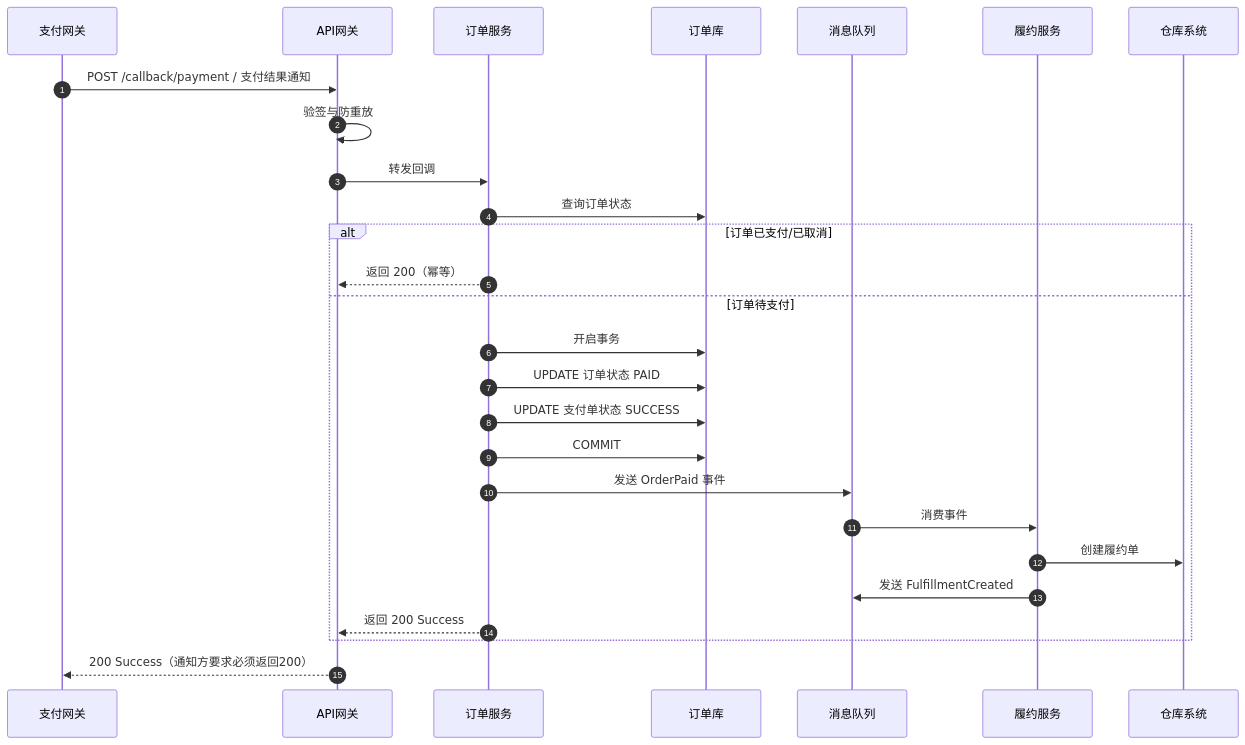
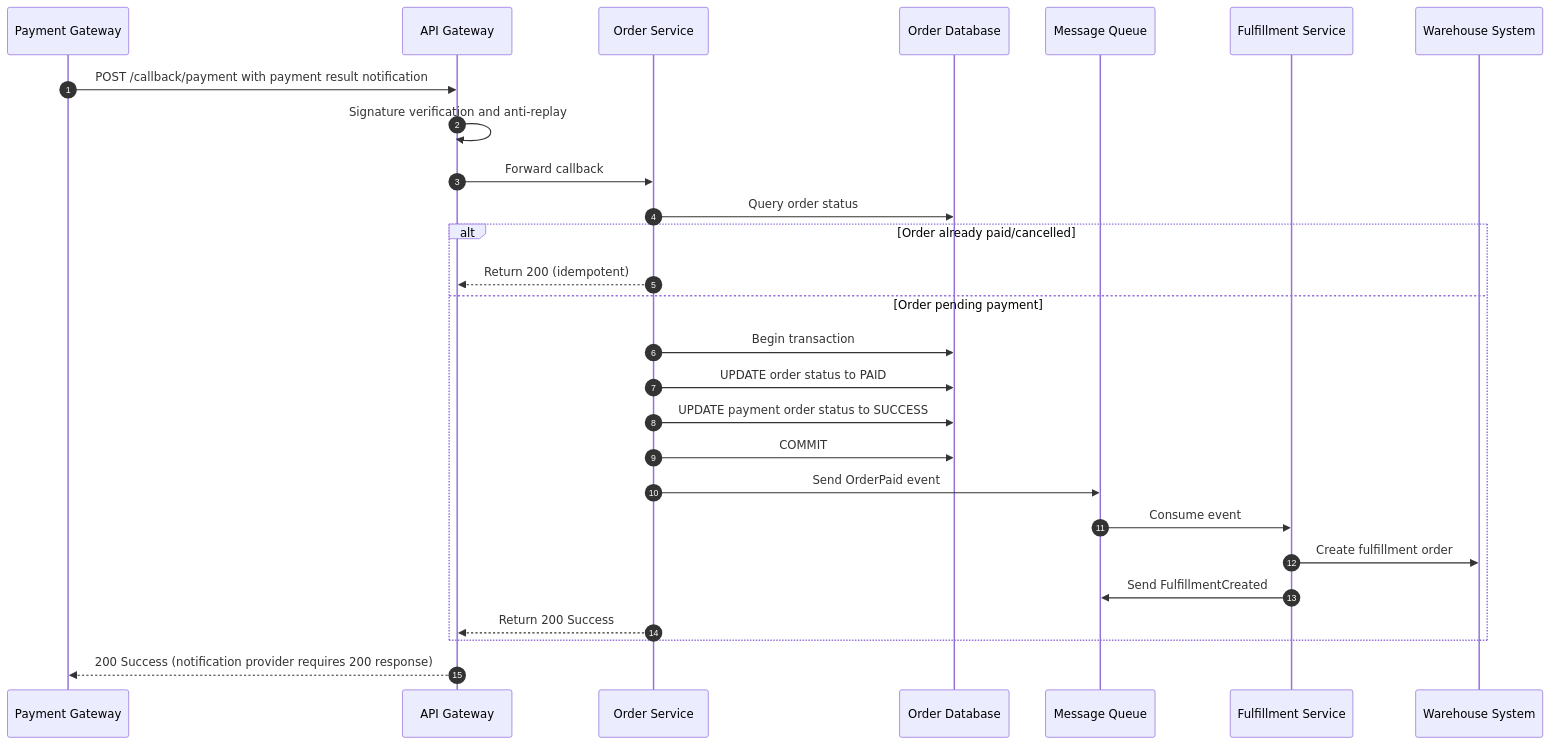
Before and after one commit to Kirky-X/cangjie: the tenth of 11 diagrams in templates/产品/产品层/【模板】功能需求文档.md, drawn with Mermaid. The commit also changed other lines of this file and 60 other files, not shown here.

````diff
--- a/templates/产品/产品层/【模板】功能需求文档.md
+++ b/templates/产品/产品层/【模板】功能需求文档.md
@@ -579,34 +579,34 @@
 ```mermaid
 sequenceDiagram
     autonumber
-    participant PG as 支付网关
-    participant GW as API网关
-    participant OS as 订单服务
-    participant DB as 订单库
-    participant MQ as 消息队列
-    participant FS as 履约服务
-    participant WH as 仓库系统
+    participant PG as Payment Gateway
+    participant GW as API Gateway
+    participant OS as Order Service
+    participant DB as Order Database
+    participant MQ as Message Queue
+    participant FS as Fulfillment Service
+    participant WH as Warehouse System
 
-    PG->>GW: POST /callback/payment / 支付结果通知
-    GW->>GW: 验签与防重放
+    PG->>GW: POST /callback/payment with payment result notification
+    GW->>GW: Signature verification and anti-replay
 
-    GW->>OS: 转发回调
-    OS->>DB: 查询订单状态
-    alt 订单已支付/已取消
-        OS-->>GW: 返回 200（幂等）
-    else 订单待支付
-        OS->>DB: 开启事务
-        OS->>DB: UPDATE 订单状态 PAID
-        OS->>DB: UPDATE 支付单状态 SUCCESS
+    GW->>OS: Forward callback
+    OS->>DB: Query order status
+    alt Order already paid/cancelled
+        OS-->>GW: Return 200 (idempotent)
+    else Order pending payment
+        OS->>DB: Begin transaction
+        OS->>DB: UPDATE order status to PAID
+        OS->>DB: UPDATE payment order status to SUCCESS
         OS->>DB: COMMIT
 
-        OS->>MQ: 发送 OrderPaid 事件
+        OS->>MQ: Send OrderPaid event
 
-        MQ->>FS: 消费事件
-        FS->>WH: 创建履约单
-        FS->>MQ: 发送 FulfillmentCreated
+        MQ->>FS: Consume event
+        FS->>WH: Create fulfillment order
+        FS->>MQ: Send FulfillmentCreated
 
-        OS-->>GW: 返回 200 Success
+        OS-->>GW: Return 200 Success
     end
-    GW-->>PG: 200 Success（通知方要求必须返回200）
+    GW-->>PG: 200 Success (notification provider requires 200 response)
 ```
````
